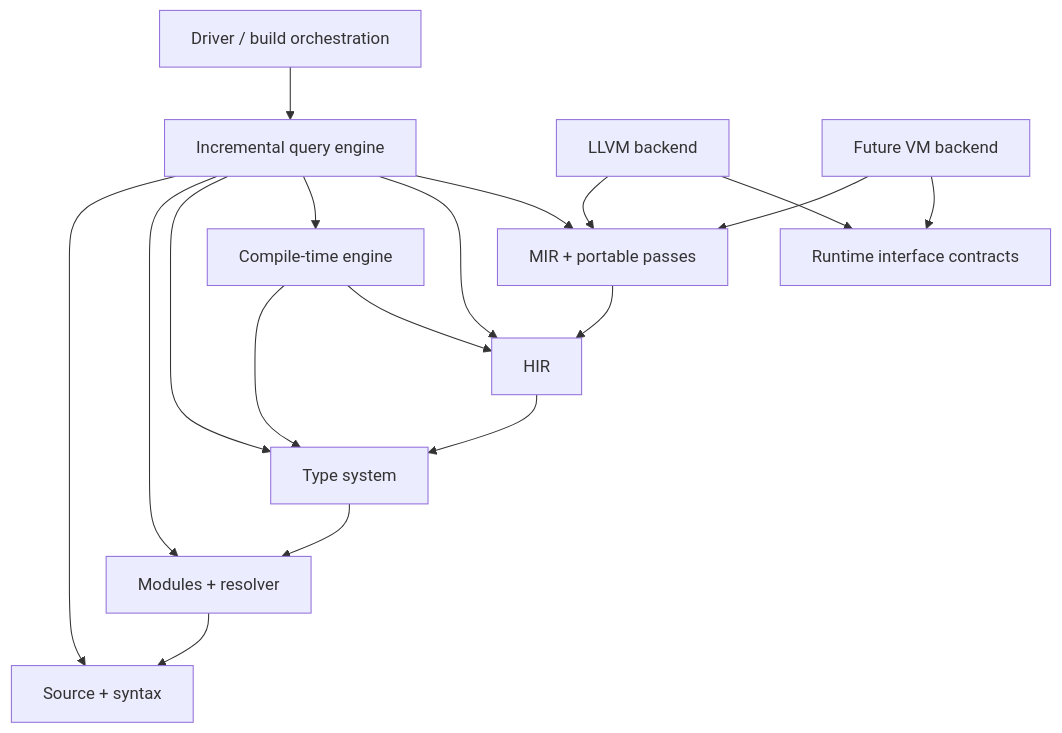
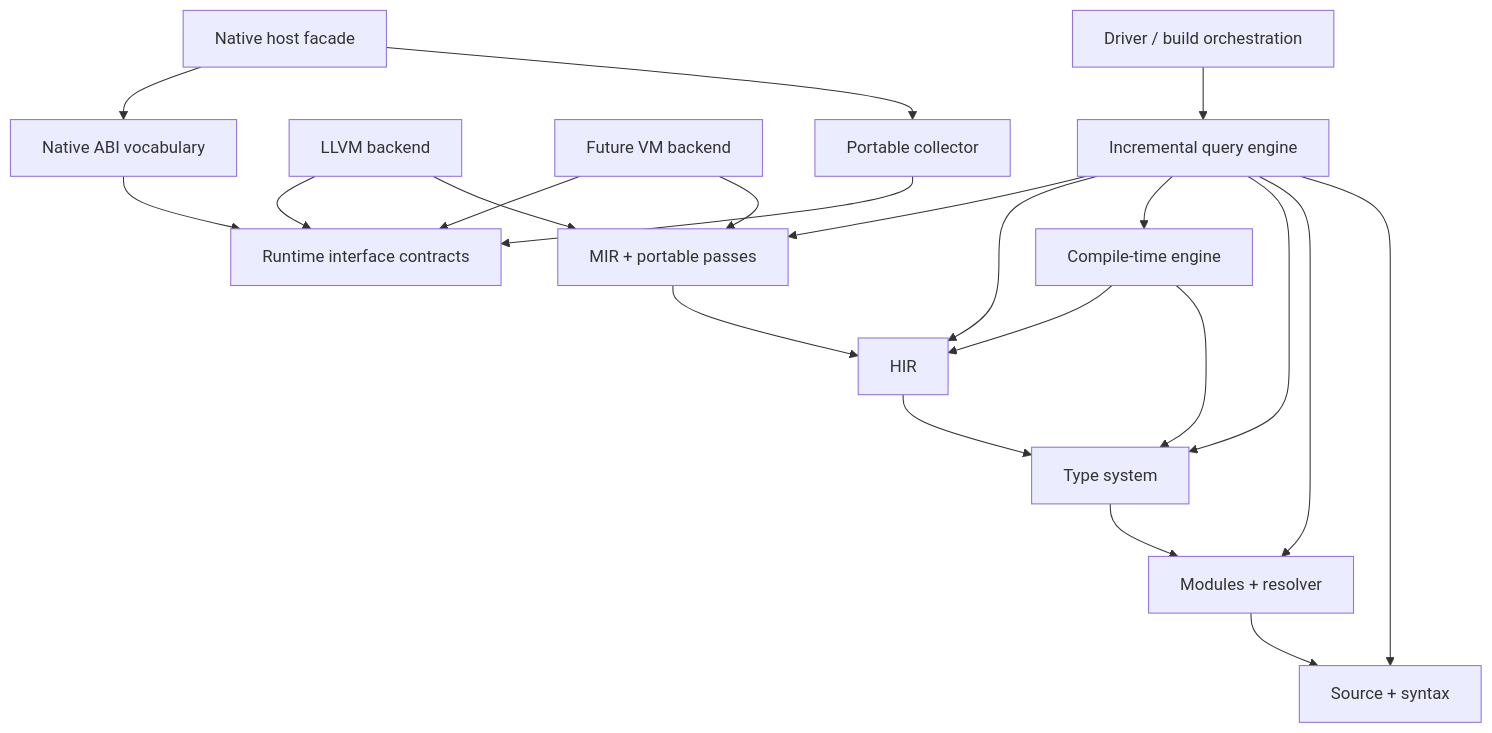
One commit to kleeedolinux/pop changed the diagram in architecture/11-compiler-component-architecture.md. Above: the diagram before and after it, drawn with Mermaid. The commit also changed other lines of this file and 81 other files, not shown here.

First line of the commit message:
Modularize portable runtime implementation

````diff
--- a/architecture/11-compiler-component-architecture.md
+++ b/architecture/11-compiler-component-architecture.md
@@ -9,20 +15,24 @@
 ```mermaid
 flowchart TD
     Driver[Driver / build orchestration] --> Query[Incremental query engine]
     Query --> Syntax[Source + syntax]
     Query --> Resolve[Modules + resolver]
     Query --> Types[Type system]
     Query --> CT[Compile-time engine]
     Query --> HIR[HIR]
     Query --> MIR[MIR + portable passes]
     Resolve --> Syntax
     Types --> Resolve
     CT --> Types
     CT --> HIR
     HIR --> Types
     MIR --> HIR
     LLVM[LLVM backend] --> MIR
     VM[Future VM backend] --> MIR
     LLVM --> PLRI[Runtime interface contracts]
     VM --> PLRI
+    Collector[Portable collector] --> PLRI
+    NativeABI[Native ABI vocabulary] --> PLRI
+    NativeRuntime[Native host facade] --> Collector
+    NativeRuntime --> NativeABI
 ```
````
